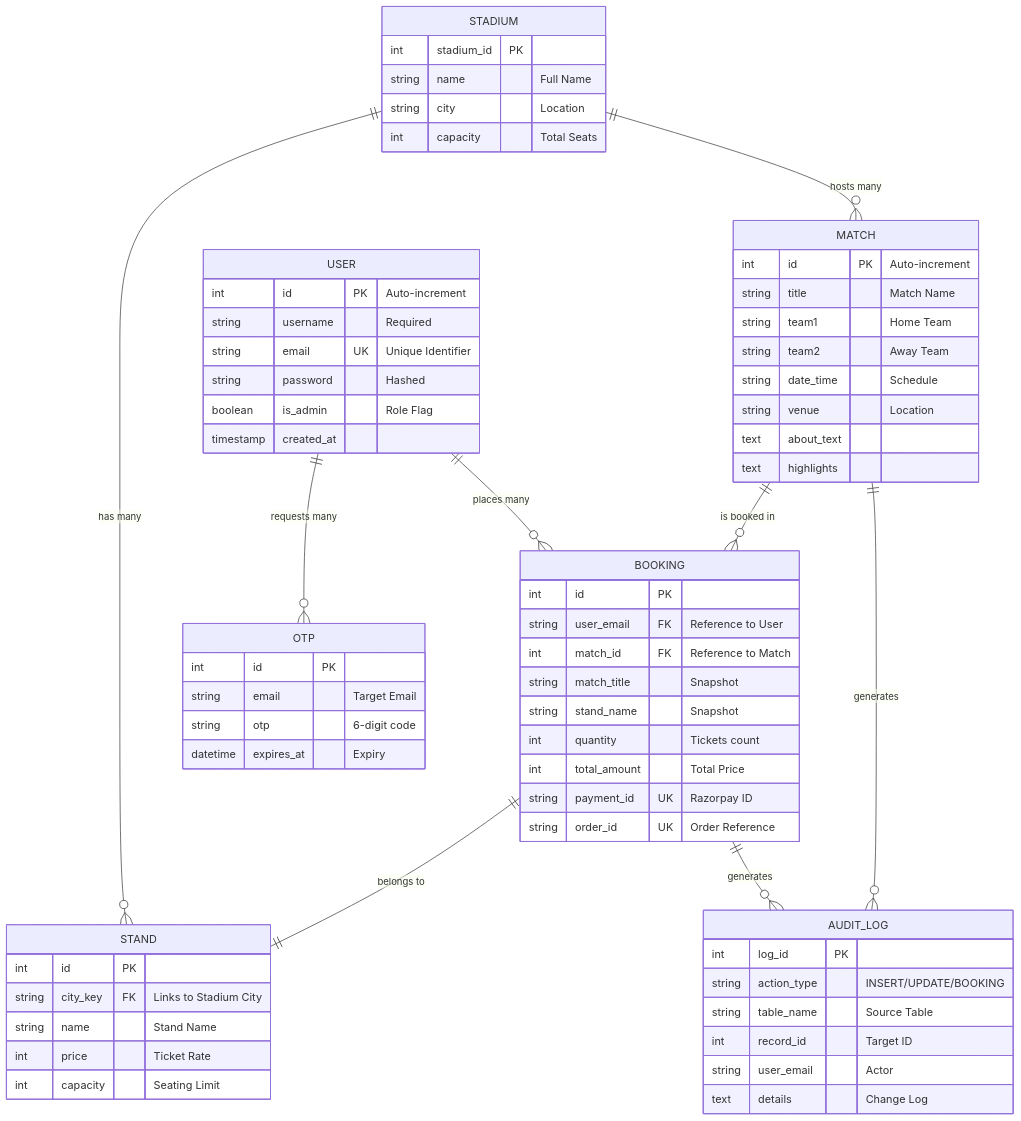
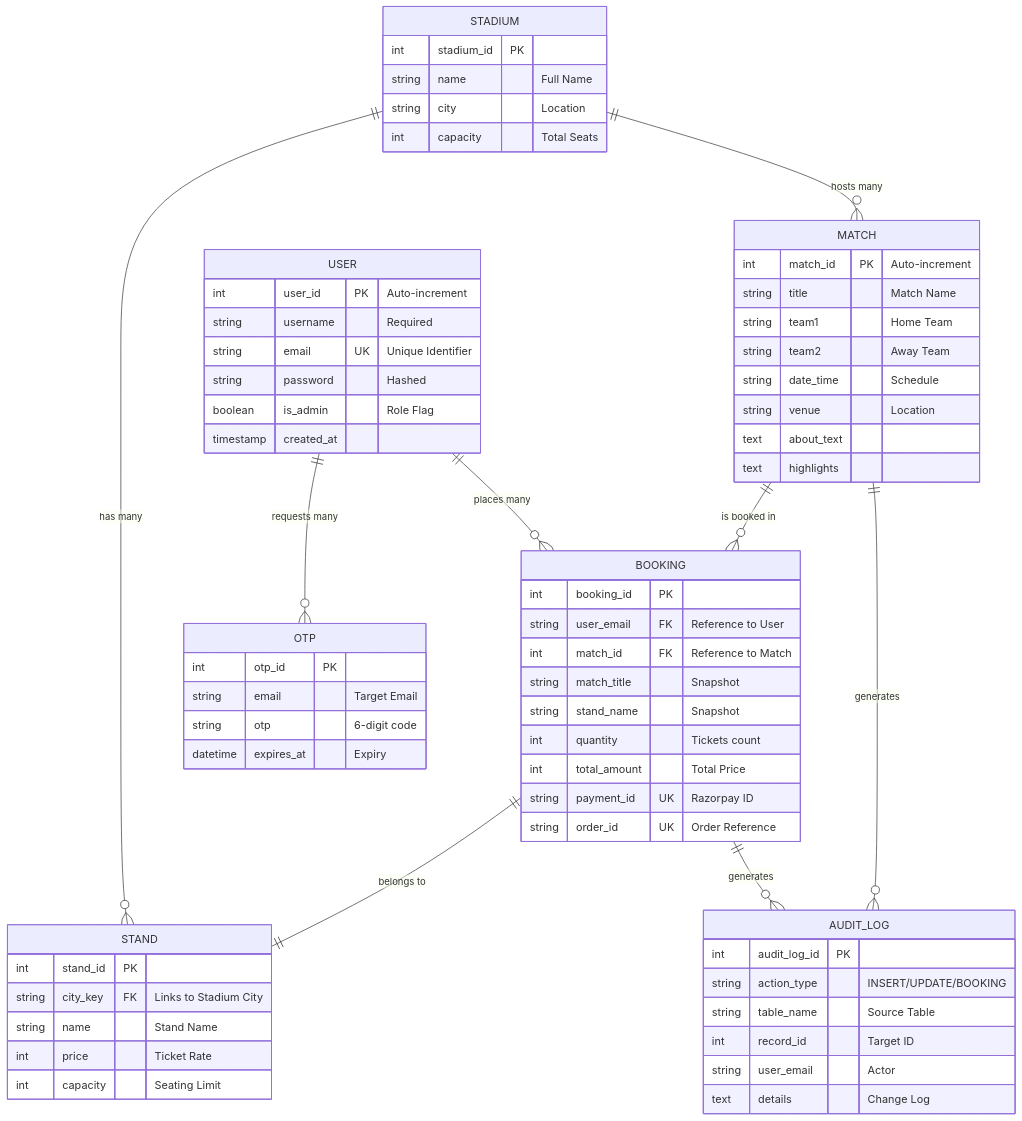
One commit to santi-git-prog/IPL-Ticket-Management-System changed the diagram in Project_Report.md. Above: the diagram before and after it, drawn with Mermaid. The commit also changed other lines of this file and 8 other files, not shown here.

````diff
--- a/Project_Report.md
+++ b/Project_Report.md
@@ -72,74 +72,74 @@
 ```mermaid
 erDiagram
     USER ||--o{ BOOKING : "places many"
     USER ||--o{ OTP : "requests many"
     MATCH ||--o{ BOOKING : "is booked in"
     STADIUM ||--o{ MATCH : "hosts many"
     STADIUM ||--o{ STAND : "has many"
     BOOKING ||--|| STAND : "belongs to"
     BOOKING ||--o{ AUDIT_LOG : "generates"
     MATCH ||--o{ AUDIT_LOG : "generates"
 
     USER {
-        int id PK "Auto-increment"
+        int user_id PK "Auto-increment"
         string username "Required"
         string email UK "Unique Identifier"
         string password "Hashed"
         boolean is_admin "Role Flag"
         timestamp created_at
     }
 
     MATCH {
-        int id PK "Auto-increment"
+        int match_id PK "Auto-increment"
         string title "Match Name"
         string team1 "Home Team"
         string team2 "Away Team"
         string date_time "Schedule"
         string venue "Location"
         text about_text
         text highlights
     }
 
     STADIUM {
         int stadium_id PK
         string name "Full Name"
         string city "Location"
         int capacity "Total Seats"
     }
 
     STAND {
-        int id PK
+        int stand_id PK
         string city_key FK "Links to Stadium City"
         string name "Stand Name"
         int price "Ticket Rate"
         int capacity "Seating Limit"
     }
 
     BOOKING {
-        int id PK
+        int booking_id PK
         string user_email FK "Reference to User"
         int match_id FK "Reference to Match"
         string match_title "Snapshot"
         string stand_name "Snapshot"
         int quantity "Tickets count"
         int total_amount "Total Price"
         string payment_id UK "Razorpay ID"
         string order_id UK "Order Reference"
     }
 
     OTP {
-        int id PK
+        int otp_id PK
         string email "Target Email"
         string otp "6-digit code"
         datetime expires_at "Expiry"
     }
 
     AUDIT_LOG {
-        int log_id PK
+        int audit_log_id PK
         string action_type "INSERT/UPDATE/BOOKING"
         string table_name "Source Table"
         int record_id "Target ID"
         string user_email "Actor"
         text details "Change Log"
     }
 ```
````
